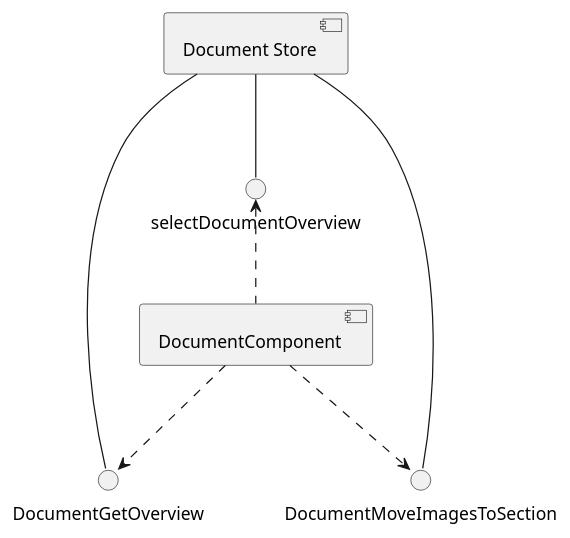
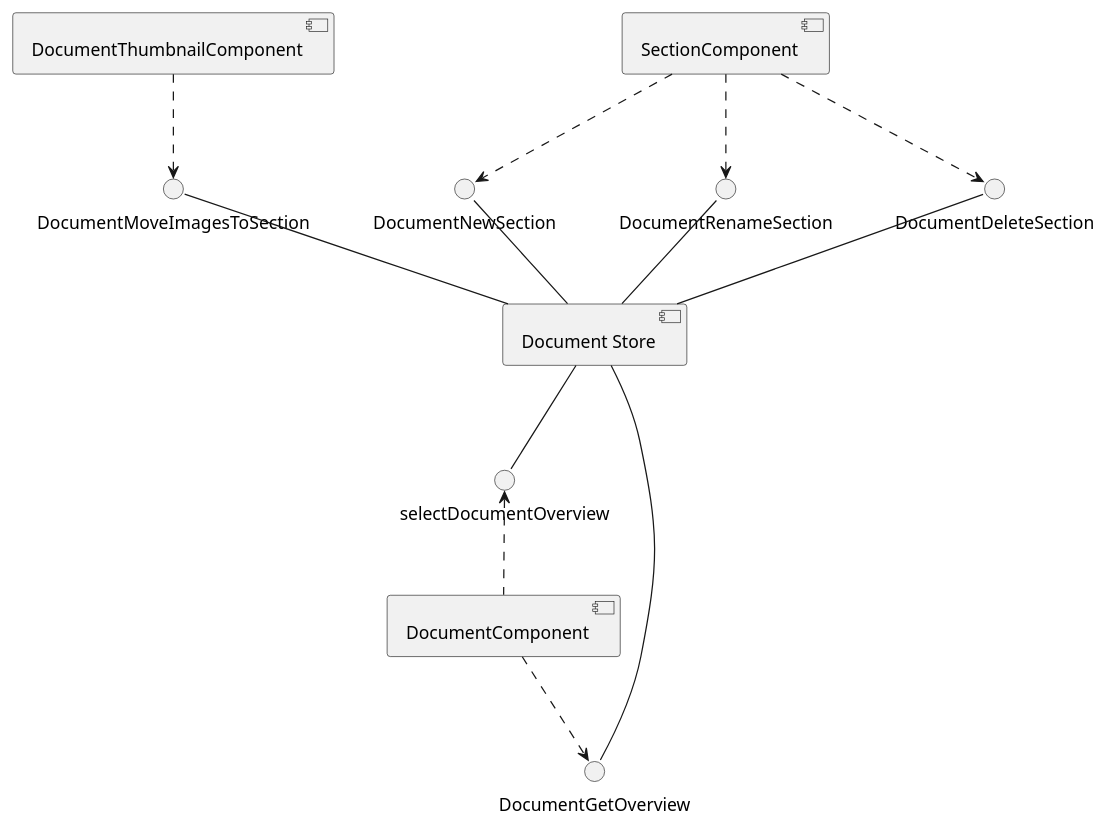
One commit to HISPAMUS/muret changed the sixth of 14 diagrams in documentation/puml/angular.puml. Above: the diagram before and after it, drawn with PlantUML. The commit also changed 11 other files, not shown here.

Commit message:
Rename and delete sections

```diff
--- a/documentation/puml/angular.puml
+++ b/documentation/puml/angular.puml
@@ -146,12 +146,18 @@
 @startuml document_store_component
     [Document Store]
     DocumentGetOverview -- [Document Store]
     DocumentMoveImagesToSection -- [Document Store]
+    DocumentNewSection -- [Document Store]
+    DocumentRenameSection -- [Document Store]
+    DocumentDeleteSection -- [Document Store]
 
     [Document Store] -- selectDocumentOverview
 
     [DocumentComponent] ..> DocumentGetOverview
-    [DocumentComponent] ..> DocumentMoveImagesToSection
+    [DocumentThumbnailComponent] ..> DocumentMoveImagesToSection
+    [SectionComponent] ..> DocumentNewSection
+    [SectionComponent] ..> DocumentRenameSection
+    [SectionComponent] ..> DocumentDeleteSection
 
     selectDocumentOverview <.. [DocumentComponent]
 @enduml
```
